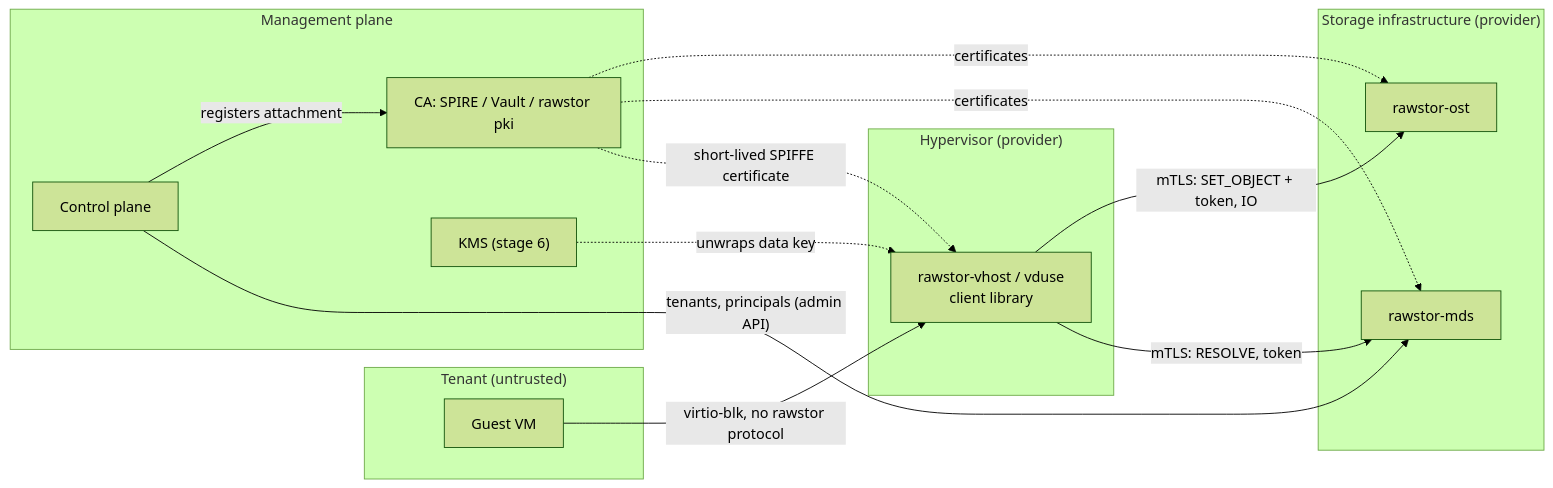
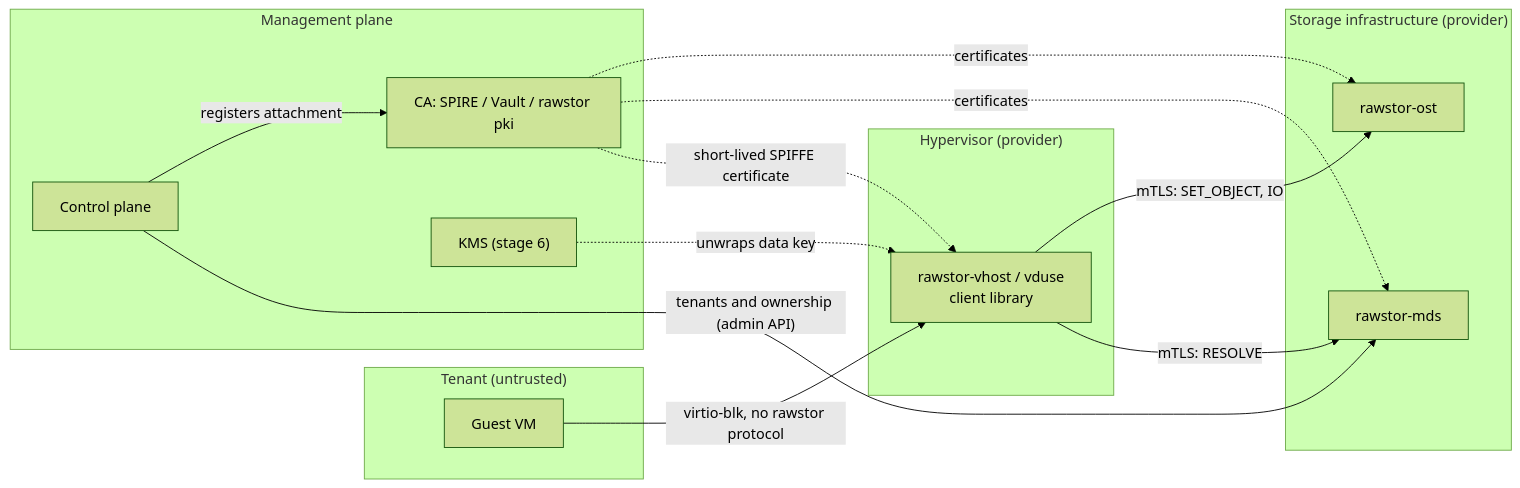
Before and after one commit to rawstor/librawstor: the first of 3 diagrams in docs/security.md, drawn with Mermaid (forest theme). The commit also changed other lines of this file and 44 other files, not shown here.

````diff
--- a/docs/security.md
+++ b/docs/security.md
@@ -79,28 +79,28 @@
 ```mermaid
 flowchart LR
     subgraph tenant["Tenant (untrusted)"]
         guest["Guest VM"]
     end
     subgraph hv["Hypervisor (provider)"]
         vhost["rawstor-vhost / vduse<br/>client library"]
     end
     subgraph infra["Storage infrastructure (provider)"]
         mds["rawstor-mds"]
         ost["rawstor-ost"]
     end
     subgraph mgmt["Management plane"]
         cp["Control plane"]
         ca["CA: SPIRE / Vault / rawstor pki"]
         kms["KMS (stage 6)"]
     end
 
     guest -- "virtio-blk, no rawstor protocol" --> vhost
-    vhost -- "mTLS: RESOLVE, token" --> mds
-    vhost -- "mTLS: SET_OBJECT + token, IO" --> ost
-    cp -- "tenants, principals (admin API)" --> mds
+    vhost -- "mTLS: RESOLVE" --> mds
+    vhost -- "mTLS: SET_OBJECT, IO" --> ost
+    cp -- "tenants and ownership (admin API)" --> mds
     cp -- "registers attachment" --> ca
     ca -. "short-lived SPIFFE certificate" .-> vhost
     ca -. "certificates" .-> mds
     ca -. "certificates" .-> ost
     kms -. "unwraps data key" .-> vhost
 ```
````
